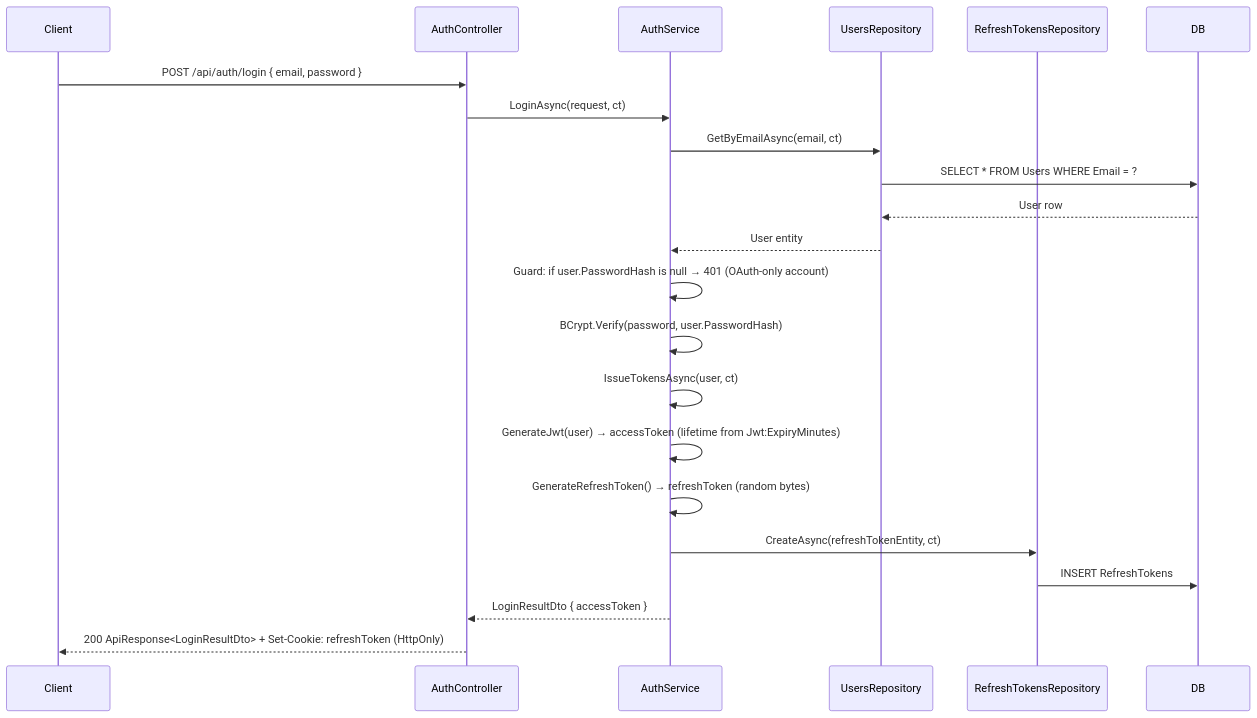
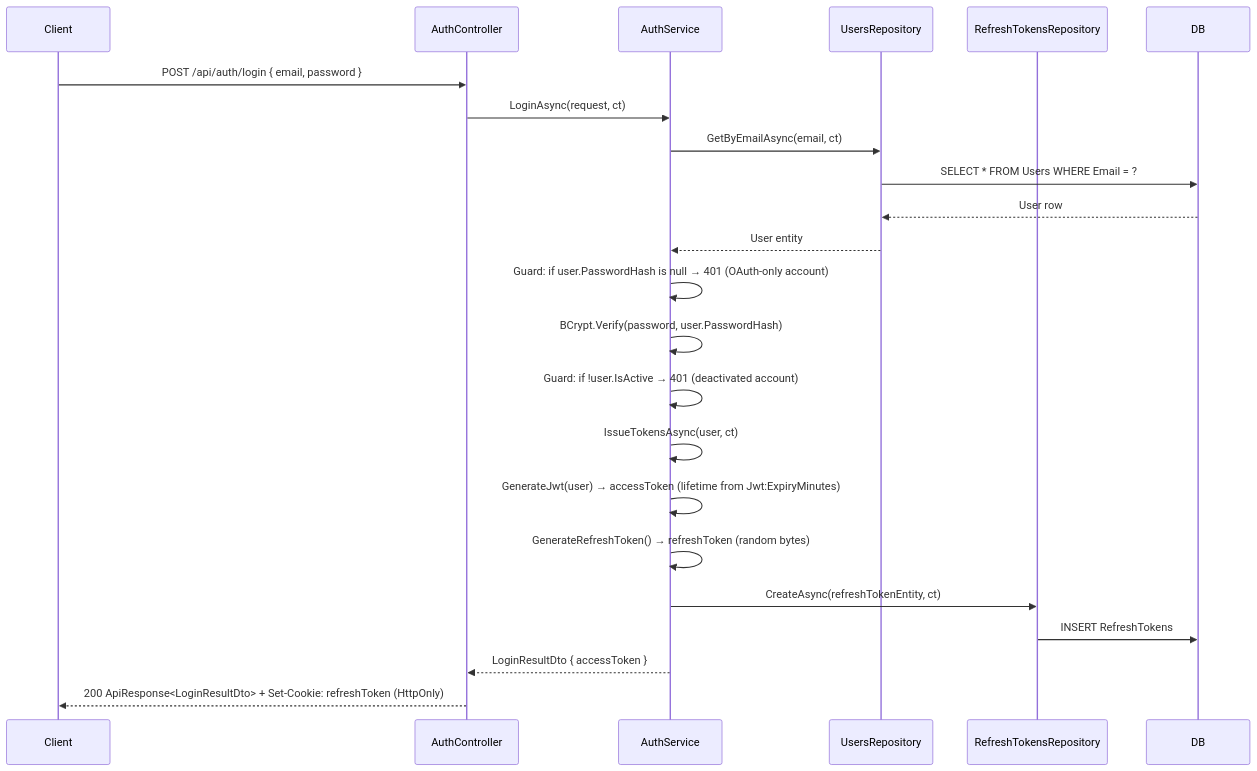
The first of 2 diagrams in feature_docs/authentication/feature-spec-authentication.md (quocbao19982009/AI-driven-template), drawn with Mermaid before and after one commit. The commit also changed other lines of this file and 14 other files, not shown here.

````diff
--- a/feature_docs/authentication/feature-spec-authentication.md
+++ b/feature_docs/authentication/feature-spec-authentication.md
@@ -106,25 +106,26 @@
 ```mermaid
 sequenceDiagram
     participant Client
     participant AuthController
     participant AuthService
     participant UsersRepository
     participant RefreshTokensRepository
     participant DB
 
     Client->>AuthController: POST /api/auth/login { email, password }
     AuthController->>AuthService: LoginAsync(request, ct)
     AuthService->>UsersRepository: GetByEmailAsync(email, ct)
     UsersRepository->>DB: SELECT * FROM Users WHERE Email = ?
     DB-->>UsersRepository: User row
     UsersRepository-->>AuthService: User entity
     AuthService->>AuthService: Guard: if user.PasswordHash is null → 401 (OAuth-only account)
     AuthService->>AuthService: BCrypt.Verify(password, user.PasswordHash)
+    AuthService->>AuthService: Guard: if !user.IsActive → 401 (deactivated account)
     AuthService->>AuthService: IssueTokensAsync(user, ct)
     AuthService->>AuthService: GenerateJwt(user) → accessToken (lifetime from Jwt:ExpiryMinutes)
     AuthService->>AuthService: GenerateRefreshToken() → refreshToken (random bytes)
     AuthService->>RefreshTokensRepository: CreateAsync(refreshTokenEntity, ct)
     RefreshTokensRepository->>DB: INSERT RefreshTokens
     AuthService-->>AuthController: LoginResultDto { accessToken }
     AuthController-->>Client: 200 ApiResponse<LoginResultDto> + Set-Cookie: refreshToken (HttpOnly)
 ```
````
